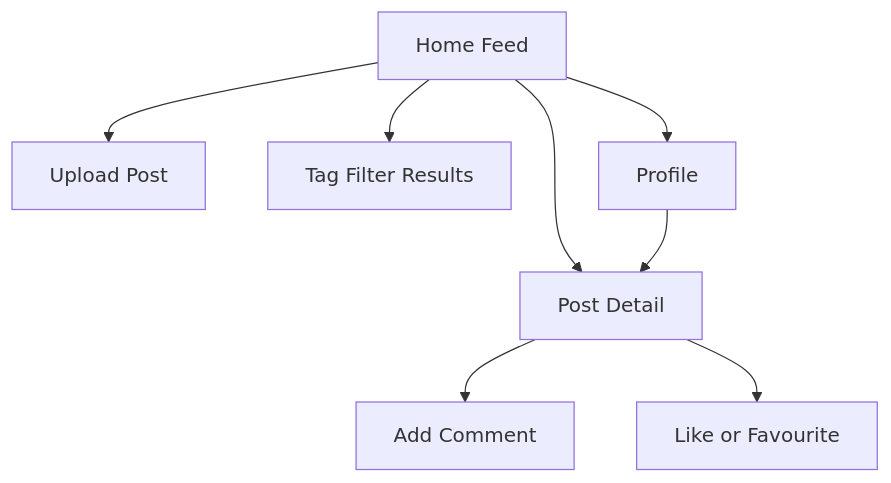
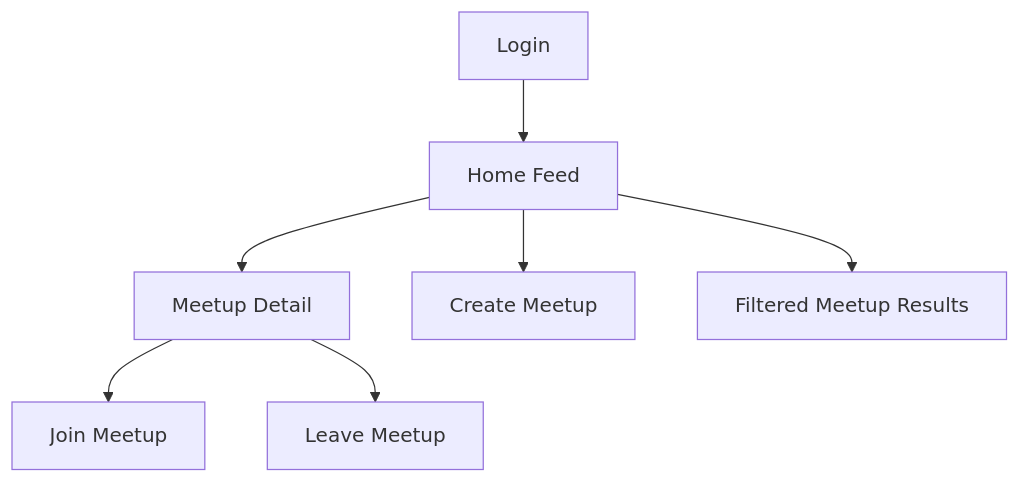
Before and after one commit to xuan294/Deco2017-BLOG-: the first of 2 diagrams in posts/a1-dev-blog-02.md, drawn with Mermaid. The commit also changed other lines of this file, not shown here.

Commit message:
Update blog post for restaurant meetup prototype

````diff
--- a/posts/a1-dev-blog-02.md
+++ b/posts/a1-dev-blog-02.md
@@ -31,10 +31,9 @@
 ```mermaid
 flowchart TD
-    A[Home Feed] --> B[Post Detail]
-    A --> C[Upload Post]
-    A --> D[Tag Filter Results]
-    A --> E[Profile]
-    B --> F[Add Comment]
-    B --> G[Like or Favourite]
-    E --> B
+    A[Home Feed] --> B[Meetup Detail]
+    A --> C[Create Meetup]
+    A --> D[Filtered Meetup Results]
+    L[Login] --> A
+    B --> E[Join Meetup]
+    B --> F[Leave Meetup]
 ```
````
